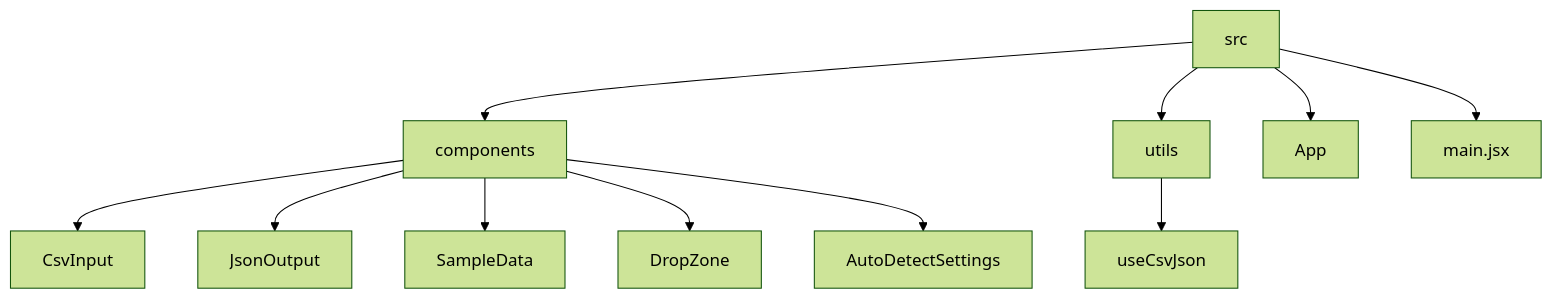
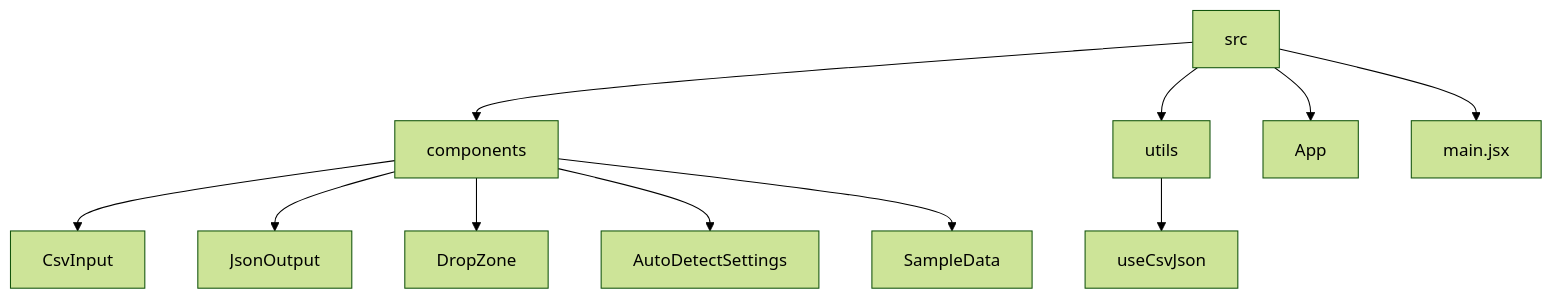
One commit to ebhay/CSV2JSON changed the diagram in README.md. Above: the diagram before and after it, drawn with Mermaid (forest theme). The commit also changed other lines of this file, not shown here.

````diff
--- a/README.md
+++ b/README.md
@@ -24,13 +26,13 @@
 ```mermaid
 graph TD;
 src-->components;
 src-->utils;
 components-->CsvInput;
 components-->JsonOutput;
-components-->SampleData;
 components-->DropZone;
 components-->AutoDetectSettings;
+components-->SampleData;
 utils-->useCsvJson;
 src-->App;
 src-->main.jsx;
 ```
````
